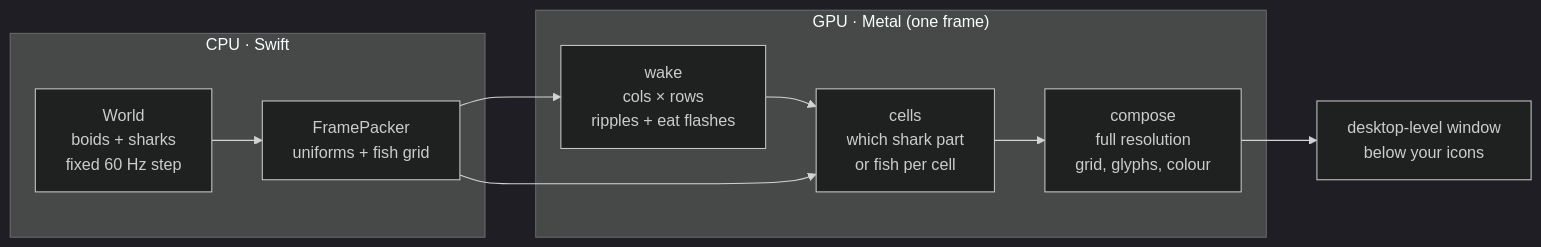
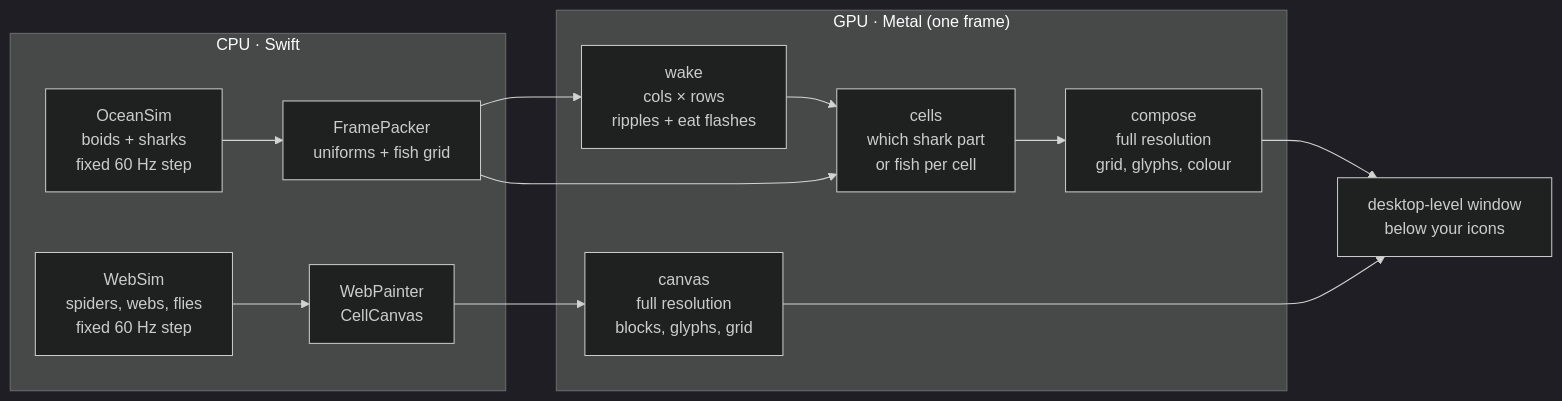
One commit to zegrt/ascii-animals changed the diagram in docs/DEVELOPING.md. Above: the diagram before and after it, drawn with Mermaid (dark theme). The commit also changed other lines of this file and 9 other files, not shown here.

````diff
--- a/docs/DEVELOPING.md
+++ b/docs/DEVELOPING.md
@@ -31,13 +33,17 @@
 ```mermaid
 flowchart LR
   subgraph CPU["CPU · Swift"]
-    W["World<br/>boids + sharks<br/>fixed 60 Hz step"] --> P["FramePacker<br/>uniforms + fish grid"]
+    O["OceanSim<br/>boids + sharks<br/>fixed 60 Hz step"] --> P["FramePacker<br/>uniforms + fish grid"]
+    W["WebSim<br/>spiders, webs, flies<br/>fixed 60 Hz step"] --> C["WebPainter<br/>CellCanvas"]
   end
   subgraph GPU["GPU · Metal (one frame)"]
     A["wake<br/>cols × rows<br/>ripples + eat flashes"] --> B["cells<br/>which shark part<br/>or fish per cell"]
-    B --> C["compose<br/>full resolution<br/>grid, glyphs, colour"]
+    B --> D["compose<br/>full resolution<br/>grid, glyphs, colour"]
+    E["canvas<br/>full resolution<br/>blocks, glyphs, grid"]
   end
   P --> A
   P --> B
-  C --> D["desktop-level window<br/>below your icons"]
+  C --> E
+  D --> F["desktop-level window<br/>below your icons"]
+  E --> F
 ```
````
